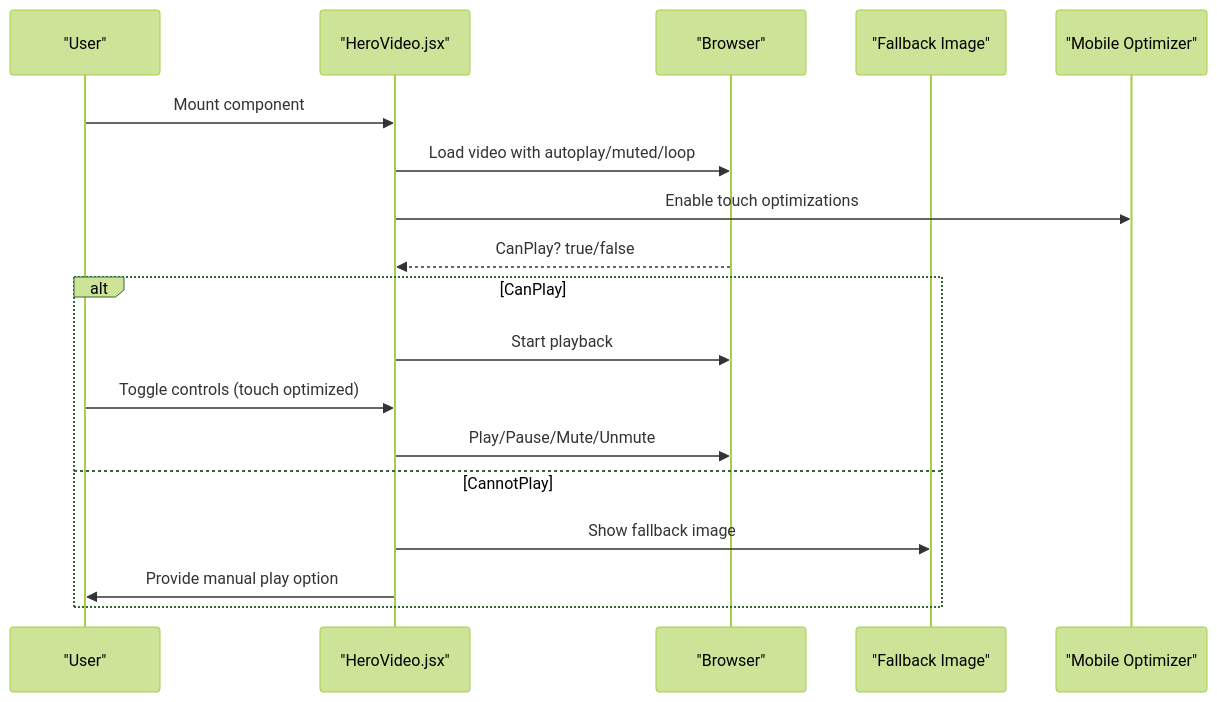
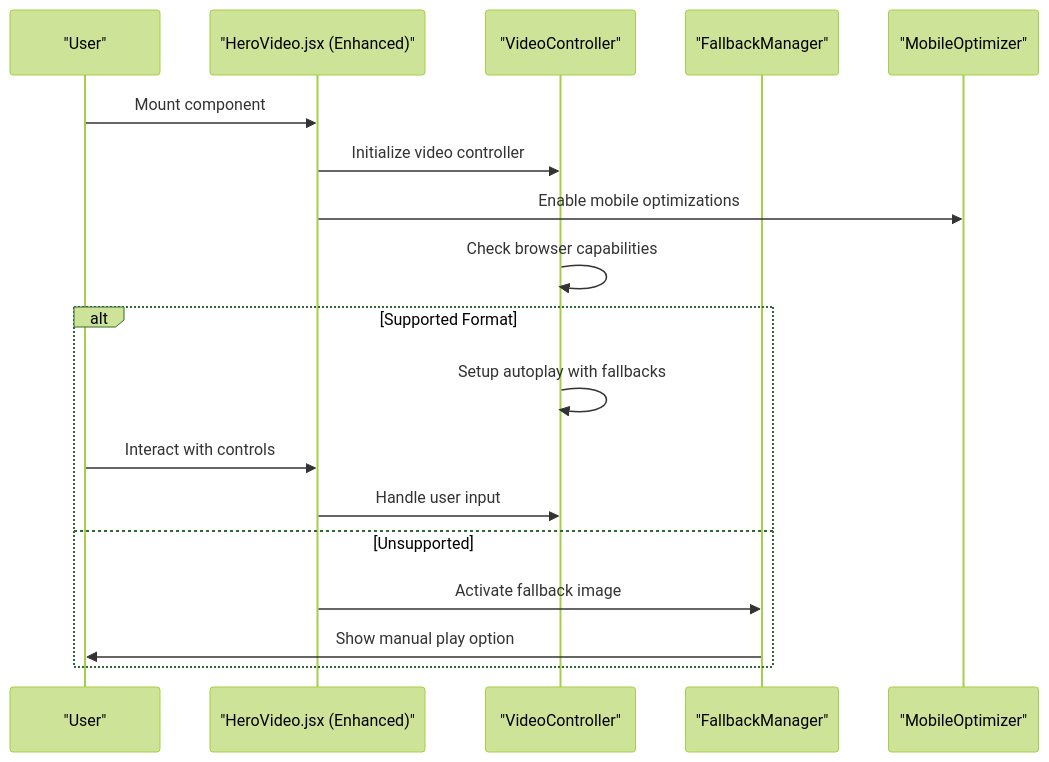
Before and after one commit to Theja4/podiummomentum: the fourth of 6 diagrams in .qoder/repowiki/en/content/Component Architecture/Landing Page Components/Hero Sections.md, drawn with Mermaid (forest theme). The commit also changed other lines of this file and 24 other files, not shown here.

````diff
--- a/.qoder/repowiki/en/content/Component Architecture/Landing Page Components/Hero Sections.md
+++ b/.qoder/repowiki/en/content/Component Architecture/Landing Page Components/Hero Sections.md
@@ -261,20 +255,20 @@
 ```mermaid
 sequenceDiagram
 participant User as "User"
-participant Video as "HeroVideo.jsx"
-participant Browser as "Browser"
-participant Fallback as "Fallback Image"
-participant Mobile as "Mobile Optimizer"
+participant Video as "HeroVideo.jsx (Enhanced)"
+participant Controller as "VideoController"
+participant Fallback as "FallbackManager"
+participant Mobile as "MobileOptimizer"
 User->>Video : Mount component
-Video->>Browser : Load video with autoplay/muted/loop
-Video->>Mobile : Enable touch optimizations
-Browser-->>Video : CanPlay? true/false
-alt CanPlay
-Video->>Browser : Start playback
-User->>Video : Toggle controls (touch optimized)
-Video->>Browser : Play/Pause/Mute/Unmute
-else CannotPlay
-Video->>Fallback : Show fallback image
-Video->>User : Provide manual play option
+Video->>Controller : Initialize video controller
+Video->>Mobile : Enable mobile optimizations
+Controller->>Controller : Check browser capabilities
+alt Supported Format
+Controller->>Controller : Setup autoplay with fallbacks
+User->>Video : Interact with controls
+Video->>Controller : Handle user input
+else Unsupported
+Video->>Fallback : Activate fallback image
+Fallback->>User : Show manual play option
 end
 ```
````
